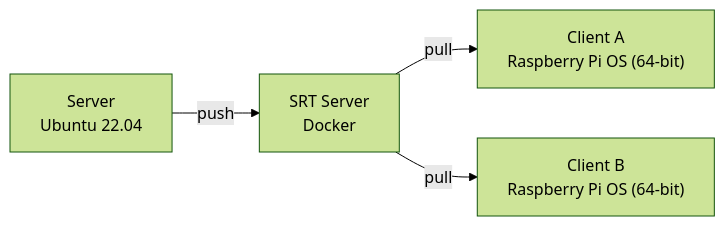
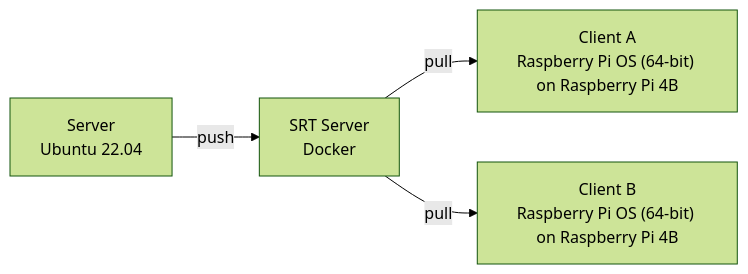
One commit to hwsel/multi-screen changed the diagram in README.md. Above: the diagram before and after it, drawn with Mermaid (forest theme).

Commit message:
update readme file

````diff
--- a/README.md
+++ b/README.md
@@ -5,10 +5,10 @@
 ```mermaid
 flowchart LR
     server -->|push| srt
     srt -->|pull| client_a
     srt -->|pull| client_b
     server["Server\nUbuntu 22.04"]
     srt["SRT Server\nDocker"]
-    client_a["Client A\nRaspberry Pi OS (64-bit)"]
-    client_b["Client B\nRaspberry Pi OS (64-bit)"]
+    client_a["Client A\nRaspberry Pi OS (64-bit) on Raspberry Pi 4B"]
+    client_b["Client B\nRaspberry Pi OS (64-bit) on Raspberry Pi 4B"]
 ```
````
